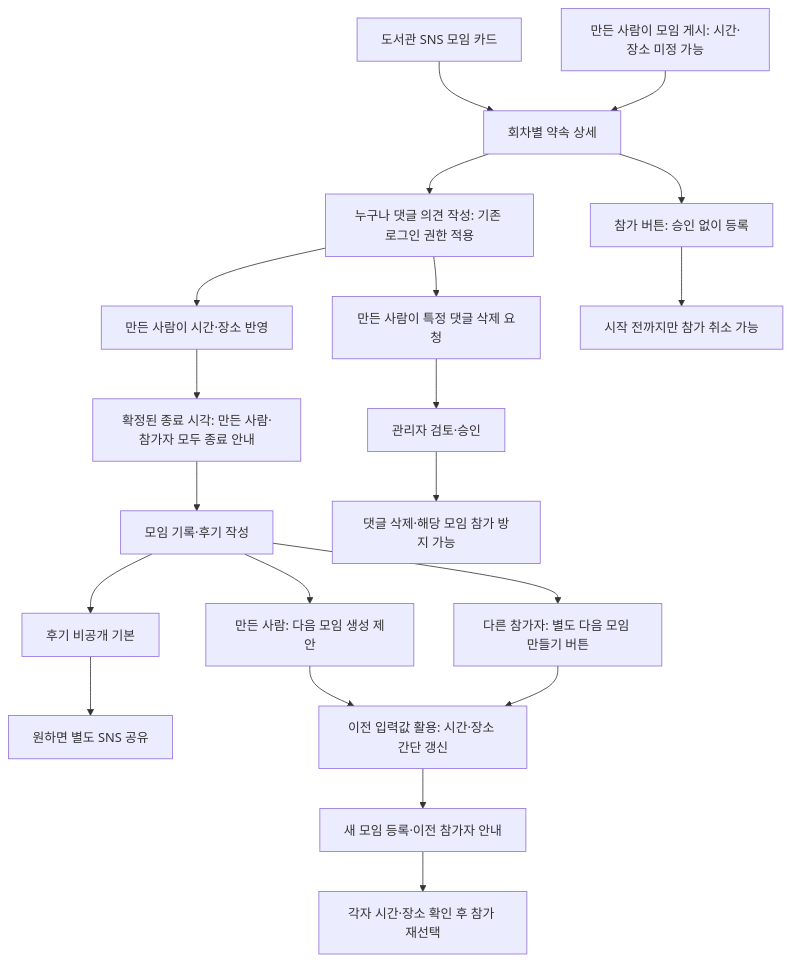
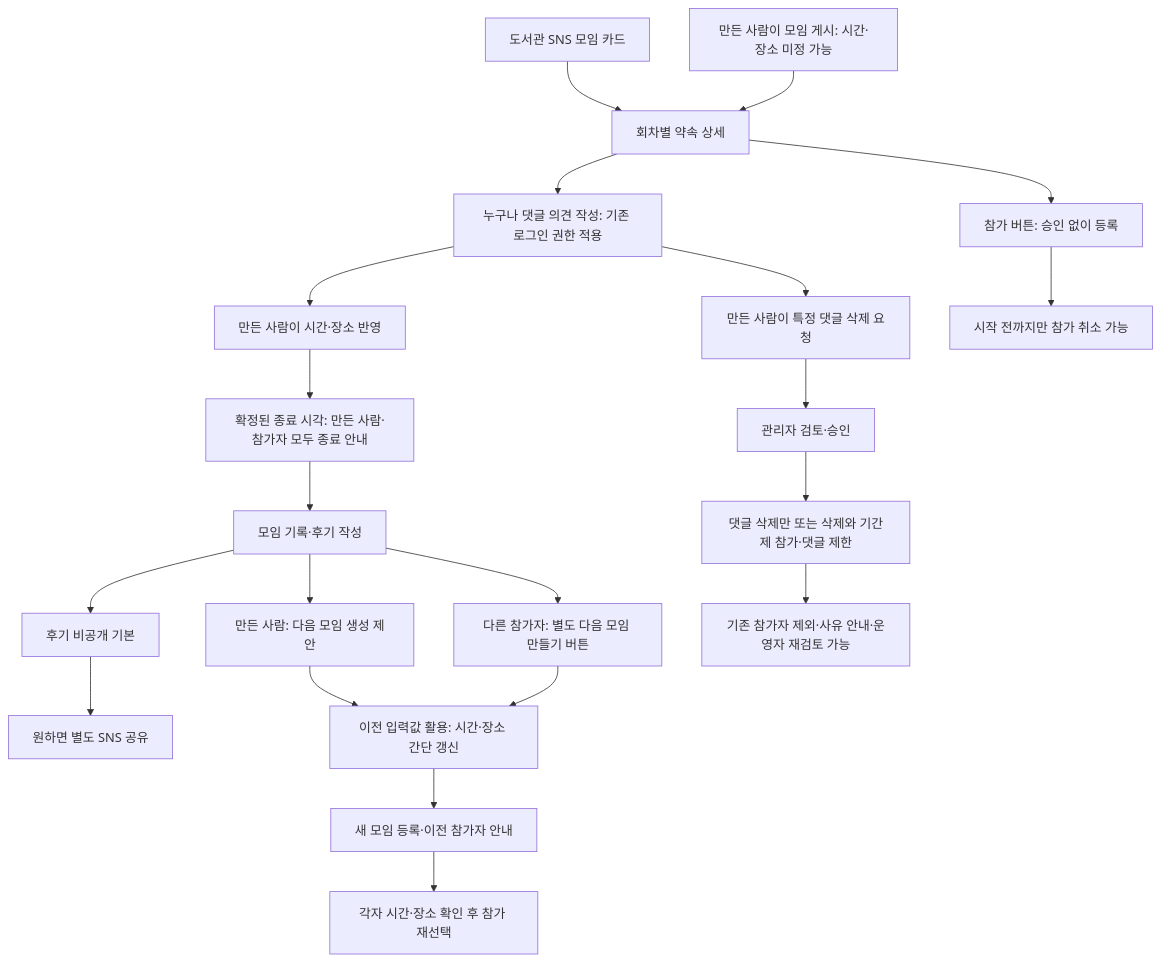
One commit to axteamc/localone changed the sixth of 7 diagrams in 개발산출물/유저_플로우.md. Above: the diagram before and after it, drawn with Mermaid. The commit also changed other lines of this file and 11 other files, not shown here.

````diff
--- a/개발산출물/유저_플로우.md
+++ b/개발산출물/유저_플로우.md
@@ -114,22 +114,23 @@
 ```mermaid
 flowchart TD
   A[도서관 SNS 모임 카드] --> B[회차별 약속 상세]
   C[만든 사람이 모임 게시: 시간·장소 미정 가능] --> B
   B --> D[누구나 댓글 의견 작성: 기존 로그인 권한 적용]
   D --> E[만든 사람이 시간·장소 반영]
   B --> F[참가 버튼: 승인 없이 등록]
   F --> G[시작 전까지만 참가 취소 가능]
   E --> H[확정된 종료 시각: 만든 사람·참가자 모두 종료 안내]
   H --> I[모임 기록·후기 작성]
   I --> J[후기 비공개 기본]
   J --> K[원하면 별도 SNS 공유]
   I --> L[만든 사람: 다음 모임 생성 제안]
   I --> M[다른 참가자: 별도 다음 모임 만들기 버튼]
   L --> N[이전 입력값 활용: 시간·장소 간단 갱신]
   M --> N
   N --> O[새 모임 등록·이전 참가자 안내]
   O --> P[각자 시간·장소 확인 후 참가 재선택]
   D --> Q[만든 사람이 특정 댓글 삭제 요청]
   Q --> R[관리자 검토·승인]
-  R --> S[댓글 삭제·해당 모임 참가 방지 가능]
+  R --> S[댓글 삭제만 또는 삭제와 기간제 참가·댓글 제한]
+  S --> T[기존 참가자 제외·사유 안내·운영자 재검토 가능]
 ```
````
